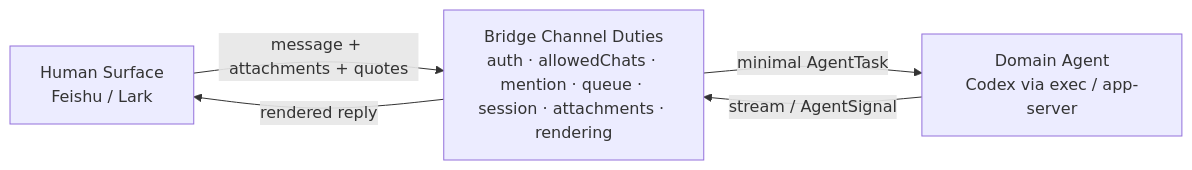
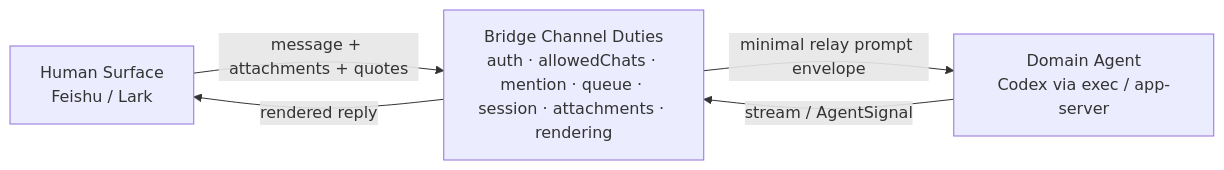
One commit to cloudsbeyond/agent-interaction-bridge changed the second of 3 diagrams in README.md. Above: the diagram before and after it, drawn with Mermaid. The commit also changed other lines of this file and 5 other files, not shown here.

Commit message:
docs: align product and architecture contracts

````diff
--- a/README.md
+++ b/README.md
@@ -91,10 +103,10 @@
 ```mermaid
 flowchart LR
   human["Human Surface<br/>Feishu / Lark"]
   channel["Bridge Channel Duties<br/>auth · allowedChats · mention · queue · session · attachments · rendering"]
   agent["Domain Agent<br/>Codex via exec / app-server"]
   human -->|"message + attachments + quotes"| channel
-  channel -->|"minimal AgentTask"| agent
+  channel -->|"minimal relay prompt envelope"| agent
   agent -->|"stream / AgentSignal"| channel
   channel -->|"rendered reply"| human
 ```
````
